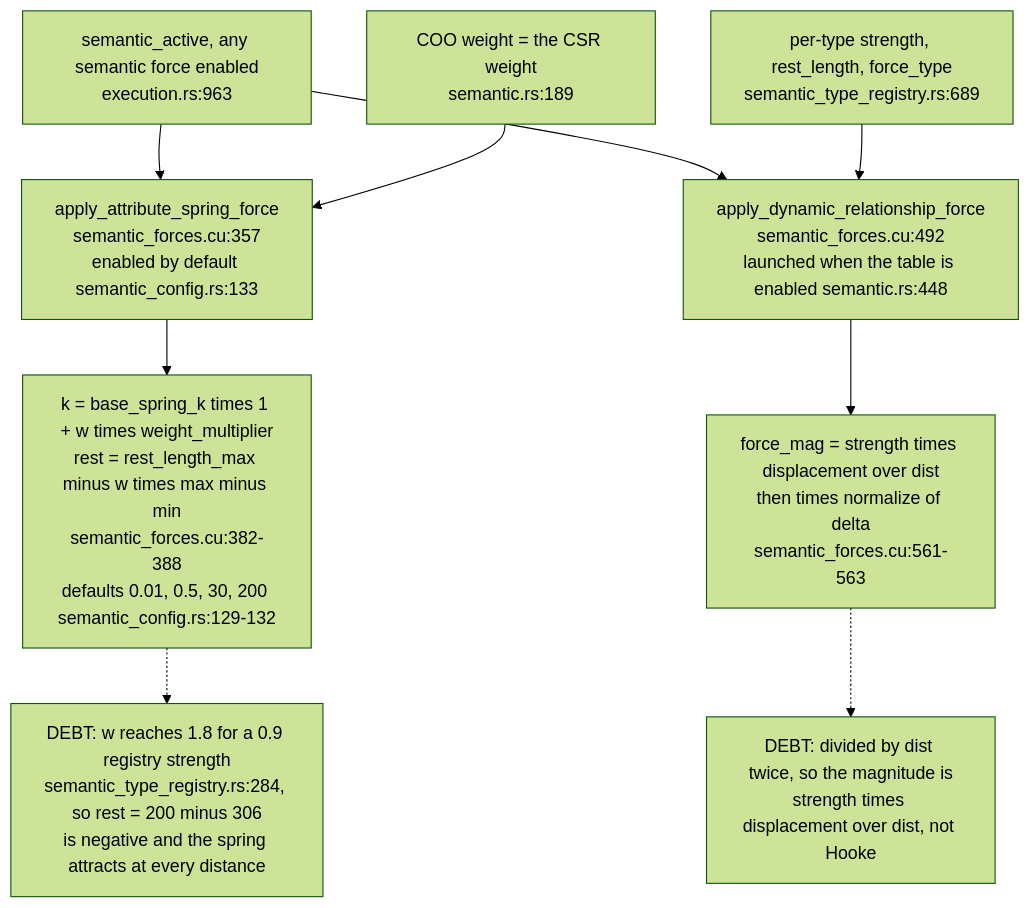
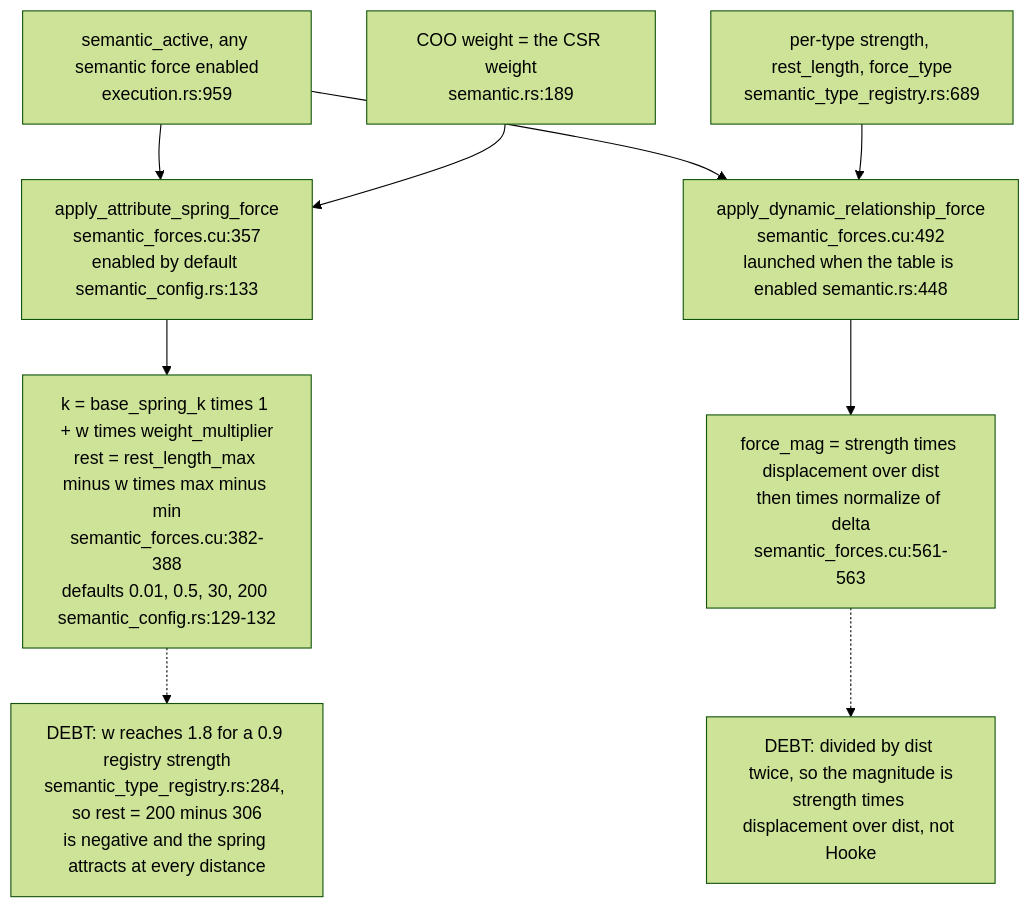
The fourth of 5 diagrams in docs/diagrams/visionclaw/59-force-terms-and-where-configured.md (DreamLab-AI/VisionFlow), drawn with Mermaid (forest theme) before and after one commit. The commit also changed other lines of this file and 3 other files, not shown here.

First line of the commit message:
docs(diagrams): roll VC-58..61 to visionclaw main 010e1109b (PR 37 and 38 merged)

````diff
--- a/docs/diagrams/visionclaw/59-force-terms-and-where-configured.md
+++ b/docs/diagrams/visionclaw/59-force-terms-and-where-configured.md
@@ -95,11 +97,11 @@
 ```mermaid
 flowchart TB
-    ACT["semantic_active, any semantic force enabled<br/>execution.rs:963"] --> AS["apply_attribute_spring_force<br/>semantic_forces.cu:357<br/>enabled by default semantic_config.rs:133"]
+    ACT["semantic_active, any semantic force enabled<br/>execution.rs:959"] --> AS["apply_attribute_spring_force<br/>semantic_forces.cu:357<br/>enabled by default semantic_config.rs:133"]
     ACT --> DY["apply_dynamic_relationship_force<br/>semantic_forces.cu:492<br/>launched when the table is enabled semantic.rs:448"]
     WT["COO weight = the CSR weight<br/>semantic.rs:189"] --> AS
     AS --> ASL["k = base_spring_k times 1 + w times weight_multiplier<br/>rest = rest_length_max minus w times max minus min<br/>semantic_forces.cu:382-388<br/>defaults 0.01, 0.5, 30, 200 semantic_config.rs:129-132"]
     ASL -.-> NEG["DEBT: w reaches 1.8 for a 0.9 registry strength<br/>semantic_type_registry.rs:284, so rest = 200 minus 306<br/>is negative and the spring attracts at every distance"]
     TAB["per-type strength, rest_length, force_type<br/>semantic_type_registry.rs:689"] --> DY
     DY --> DYL["force_mag = strength times displacement over dist<br/>then times normalize of delta<br/>semantic_forces.cu:561-563"]
     DYL -.-> TWICE["DEBT: divided by dist twice, so the magnitude is<br/>strength times displacement over dist, not Hooke"]
 ```
````
